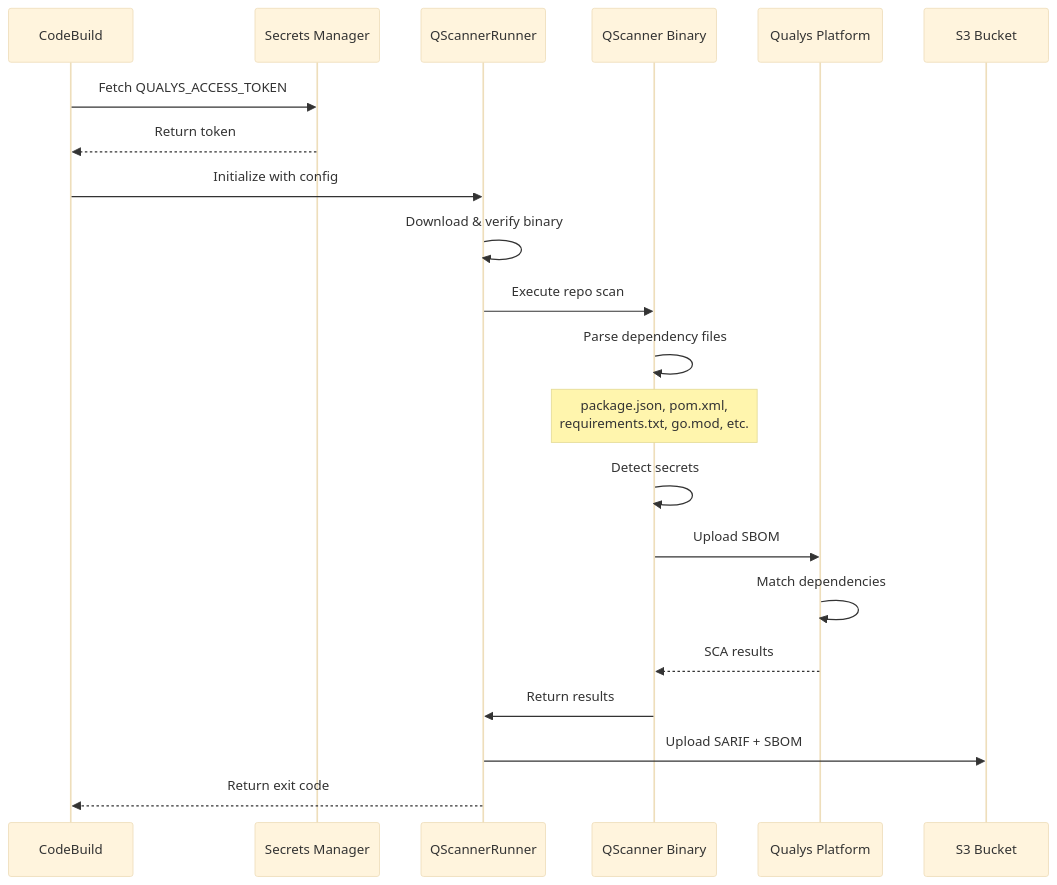
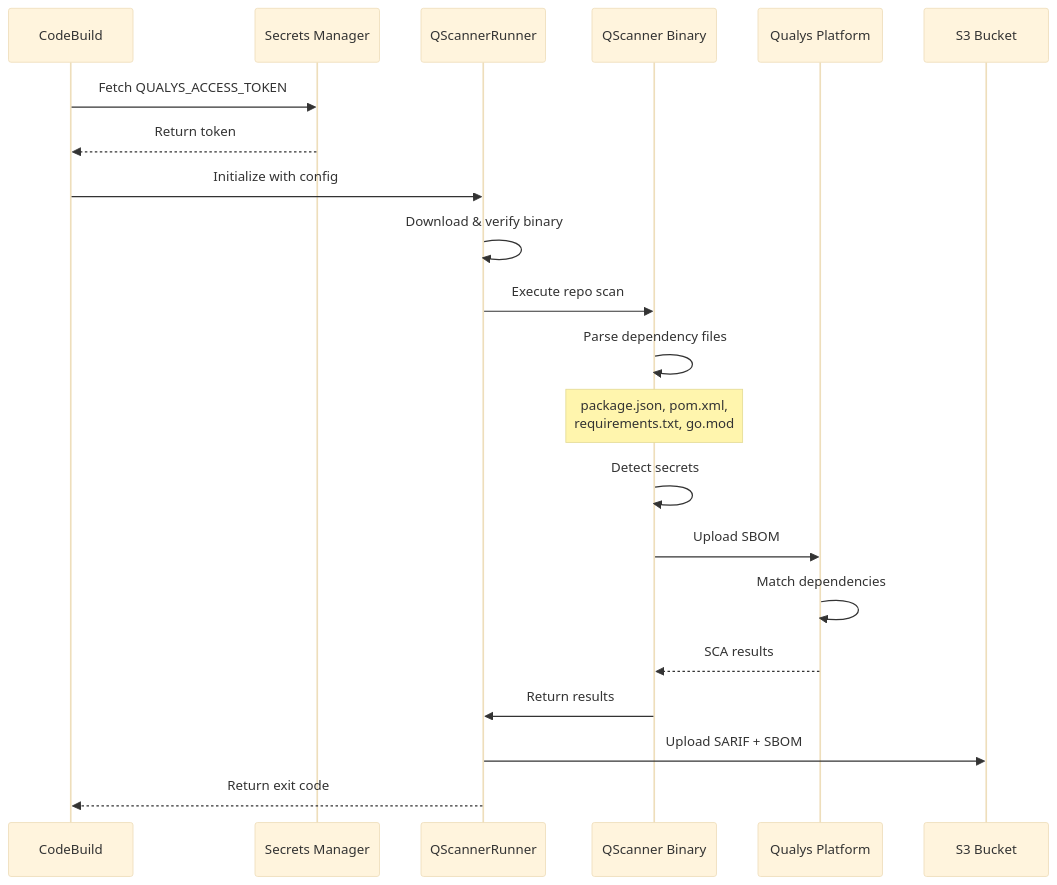
Before and after one commit to nelssec/qualys-codebuild: the fourth of 16 diagrams in docs/technical-architecture.md, drawn with Mermaid (base theme). The commit also changed other lines of this file and 5 other files, not shown here.

````diff
--- a/docs/technical-architecture.md
+++ b/docs/technical-architecture.md
@@ -142,24 +143,24 @@
 ```mermaid
 sequenceDiagram
     participant CB as CodeBuild
     participant SM as Secrets Manager
     participant QR as QScannerRunner
     participant QS as QScanner Binary
     participant QP as Qualys Platform
     participant S3 as S3 Bucket
 
     CB->>SM: Fetch QUALYS_ACCESS_TOKEN
     SM-->>CB: Return token
     CB->>QR: Initialize with config
     QR->>QR: Download & verify binary
     QR->>QS: Execute repo scan
     QS->>QS: Parse dependency files
-    Note over QS: package.json, pom.xml,<br/>requirements.txt, go.mod, etc.
+    Note over QS: package.json, pom.xml,<br/>requirements.txt, go.mod
     QS->>QS: Detect secrets
     QS->>QP: Upload SBOM
     QP->>QP: Match dependencies
     QP-->>QS: SCA results
     QS->>QR: Return results
     QR->>S3: Upload SARIF + SBOM
     QR-->>CB: Return exit code
 ```
````
